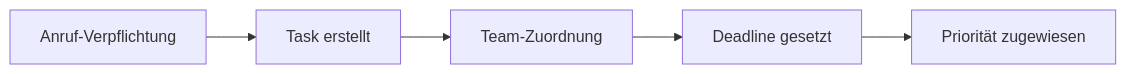
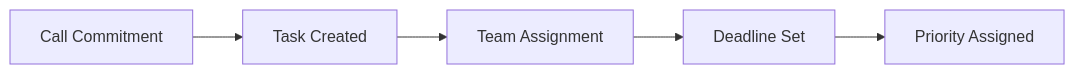
Before and after one commit to bekgroup/Famulor-docs-de: the diagram in en/automation-platform/integrations/productivity.mdx, drawn with Mermaid. The commit also changed other lines of this file and 273 other files, not shown here.

````diff
--- a/en/automation-platform/integrations/productivity.mdx
+++ b/en/automation-platform/integrations/productivity.mdx
@@ -83,7 +83,7 @@
 ```mermaid
 graph LR
-    A[Anruf-Verpflichtung] --> B[Task erstellt]
-    B --> C[Team-Zuordnung]
-    C --> D[Deadline gesetzt]
-    D --> E[Priorität zugewiesen]
+    A[Call Commitment] --> B[Task Created]
+    B --> C[Team Assignment]
+    C --> D[Deadline Set]
+    D --> E[Priority Assigned]
 ```
````
